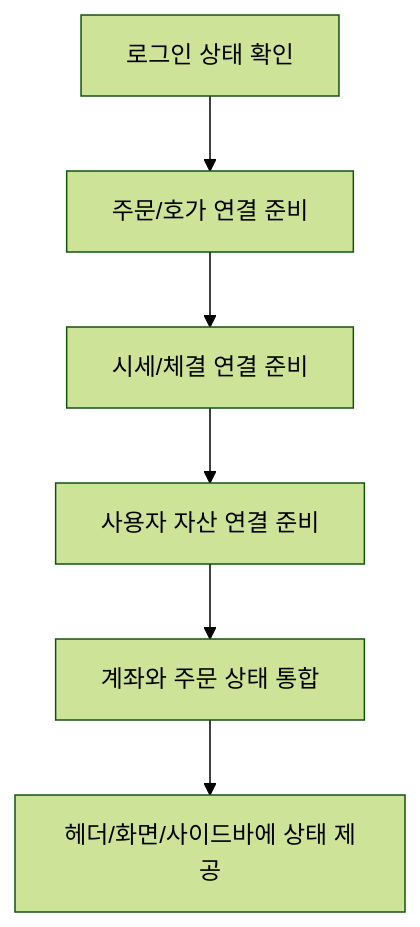
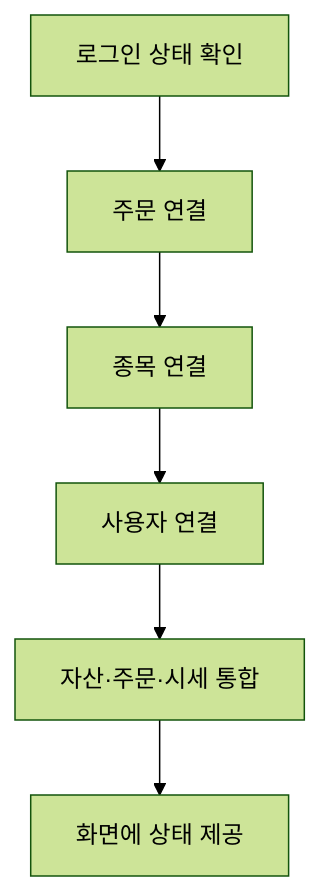
The first of 2 diagrams in StockFrontEnd/docs/09-websocket.md (poi277/StockProject), drawn with Mermaid (forest theme) before and after one commit. The commit also changed other lines of this file and 49 other files, not shown here.

````diff
--- a/StockFrontEnd/docs/09-websocket.md
+++ b/StockFrontEnd/docs/09-websocket.md
@@ -40,8 +63,8 @@
 ```mermaid
 flowchart TD
-  Auth["로그인 상태 확인"] --> Order["주문/호가 연결 준비"]
-  Order --> Stock["시세/체결 연결 준비"]
-  Stock --> User["사용자 자산 연결 준비"]
-  User --> Asset["계좌와 주문 상태 통합"]
-  Asset --> App["헤더/화면/사이드바에 상태 제공"]
+  Auth["로그인 상태 확인"] --> Order["주문 연결"]
+  Order --> Stock["종목 연결"]
+  Stock --> User["사용자 연결"]
+  User --> Asset["자산·주문·시세 통합"]
+  Asset --> App["화면에 상태 제공"]
 ```
````
